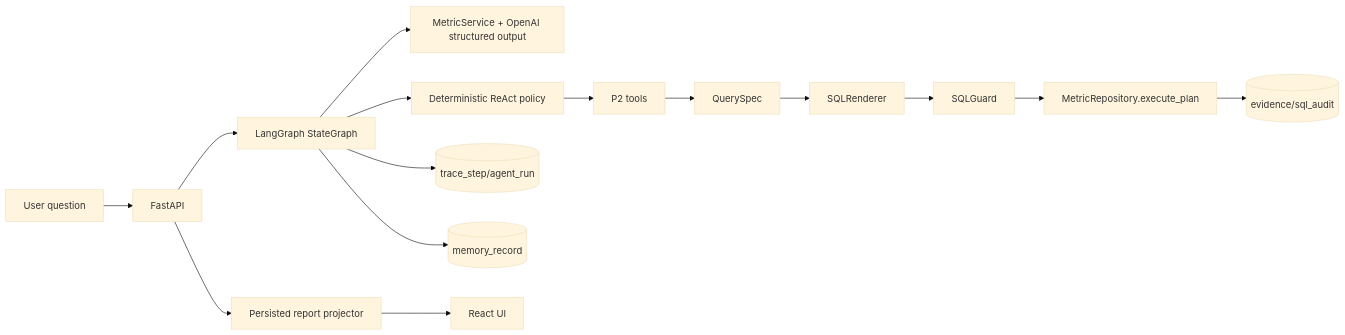
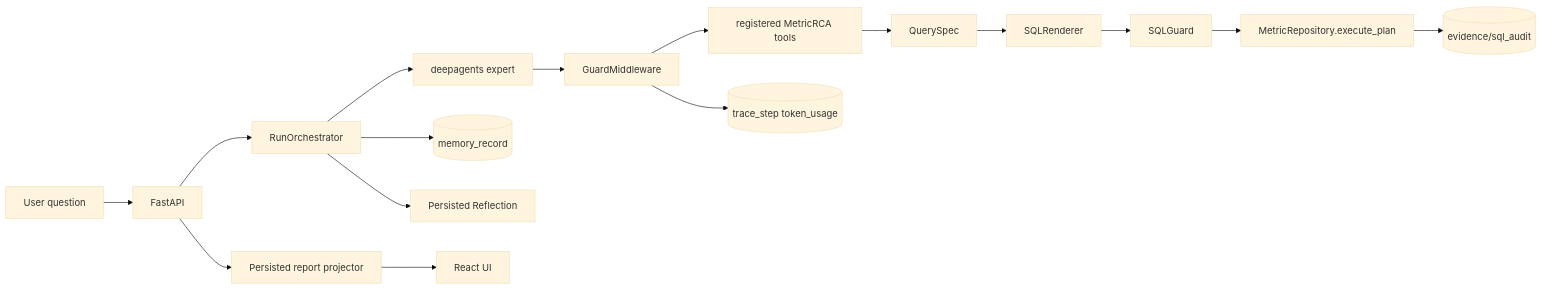
Before and after one commit to WOTMCCR/MetricRCA: the first of 8 diagrams in docs/architecture.md, drawn with Mermaid (base theme). The commit also changed other lines of this file and 8 other files, not shown here.

````diff
--- a/docs/architecture.md
+++ b/docs/architecture.md
@@ -5,17 +5,18 @@
 ```mermaid
 flowchart LR
   User[User question] --> API[FastAPI]
-  API --> Graph[LangGraph StateGraph]
-  Graph --> Intent[MetricService + OpenAI structured output]
-  Graph --> React[Deterministic ReAct policy]
-  React --> Tools[P2 tools]
+  API --> Orchestrator[RunOrchestrator]
+  Orchestrator --> DeepAgent[deepagents expert]
+  DeepAgent --> Middleware[GuardMiddleware]
+  Middleware --> Tools[registered MetricRCA tools]
   Tools --> QuerySpec[QuerySpec]
   QuerySpec --> Renderer[SQLRenderer]
   Renderer --> Guard[SQLGuard]
   Guard --> Repo[MetricRepository.execute_plan]
   Repo --> Evidence[(evidence/sql_audit)]
-  Graph --> Trace[(trace_step/agent_run)]
-  Graph --> Memory[(memory_record)]
+  Middleware --> Trace[(trace_step token_usage)]
+  Orchestrator --> Memory[(memory_record)]
+  Orchestrator --> Reflection[Persisted Reflection]
   API --> Projector[Persisted report projector]
   Projector --> UI[React UI]
 ```
````
